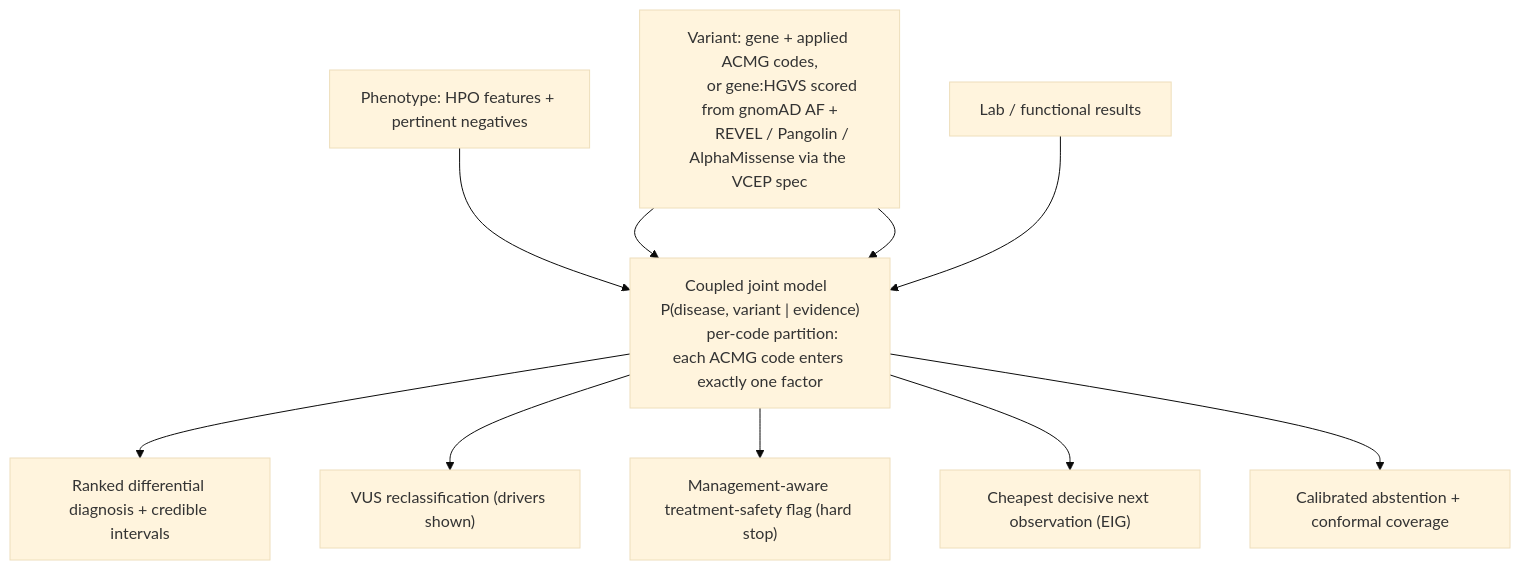
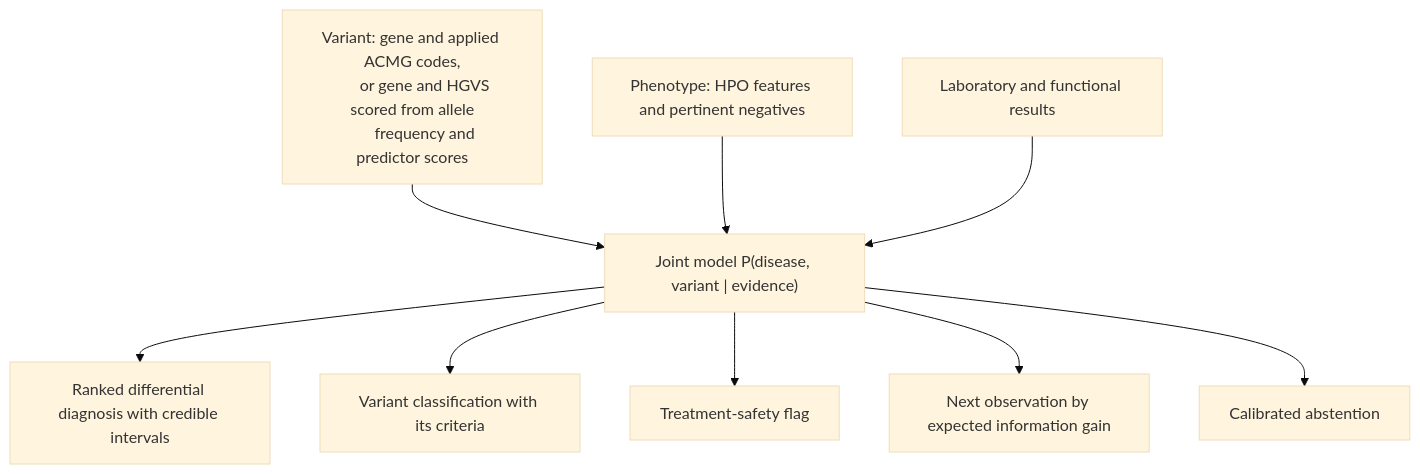
Before and after one commit to ahmedanees-m/discern: the diagram in README.md, drawn with Mermaid (base theme). The commit also changed other lines of this file and 118 other files, not shown here.

````diff
--- a/README.md
+++ b/README.md
@@ -62,16 +84,14 @@
 ```mermaid
 flowchart TD
-    V["Variant: gene + applied ACMG codes,
-       or gene:HGVS scored from gnomAD AF +
-       REVEL / Pangolin / AlphaMissense via the VCEP spec"] --> J
-    P["Phenotype: HPO features + pertinent negatives"] --> J
-    L["Lab / functional results"] --> J
-    J["Coupled joint model  P(disease, variant | evidence)
-       per-code partition: each ACMG code enters exactly one factor"]
-    V --> J
-    J --> O1["Ranked differential diagnosis + credible intervals"]
-    J --> O2["VUS reclassification (drivers shown)"]
-    J --> O3["Management-aware treatment-safety flag (hard stop)"]
-    J --> O4["Cheapest decisive next observation (EIG)"]
-    J --> O5["Calibrated abstention + conformal coverage"]
+    V["Variant: gene and applied ACMG codes,
+       or gene and HGVS scored from allele
+       frequency and predictor scores"] --> J
+    P["Phenotype: HPO features and pertinent negatives"] --> J
+    L["Laboratory and functional results"] --> J
+    J["Joint model P(disease, variant | evidence)"]
+    J --> O1["Ranked differential diagnosis with credible intervals"]
+    J --> O2["Variant classification with its criteria"]
+    J --> O3["Treatment-safety flag"]
+    J --> O4["Next observation by expected information gain"]
+    J --> O5["Calibrated abstention"]
 ```
````
